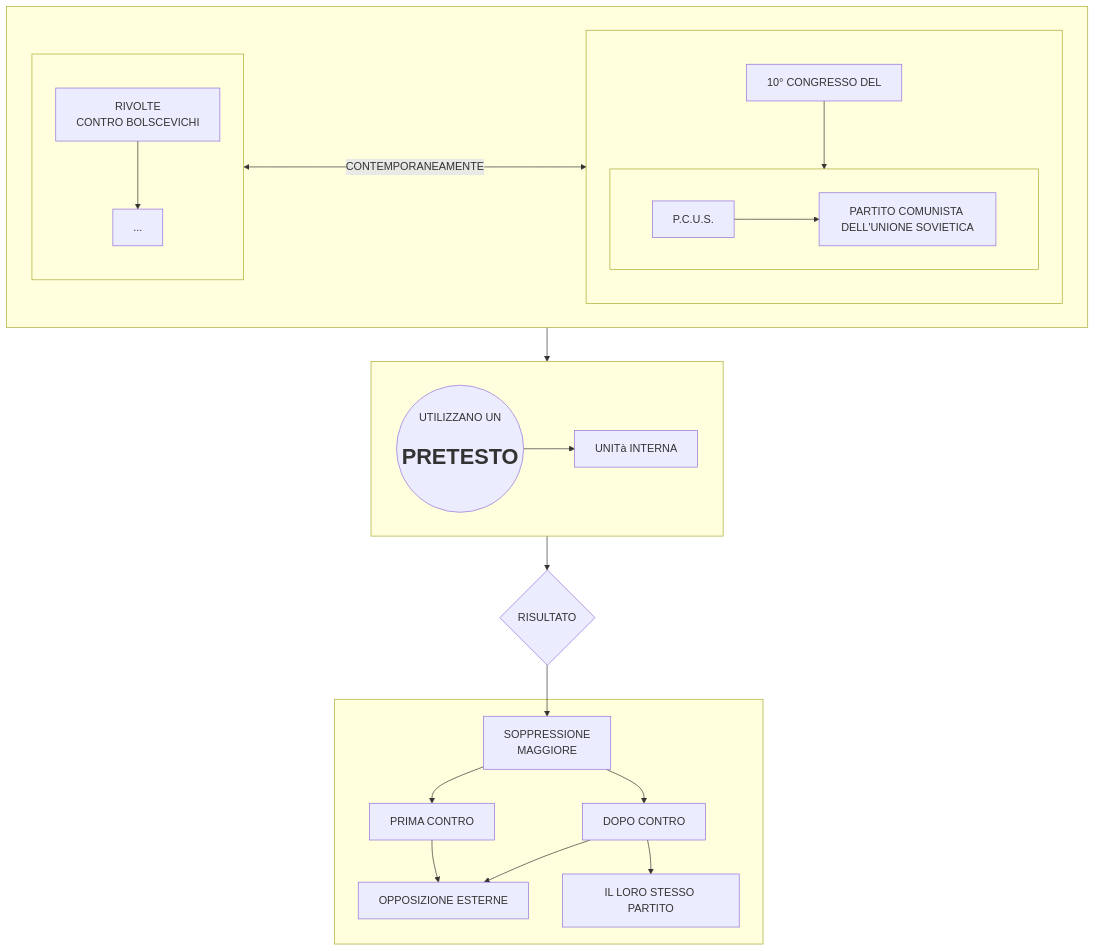
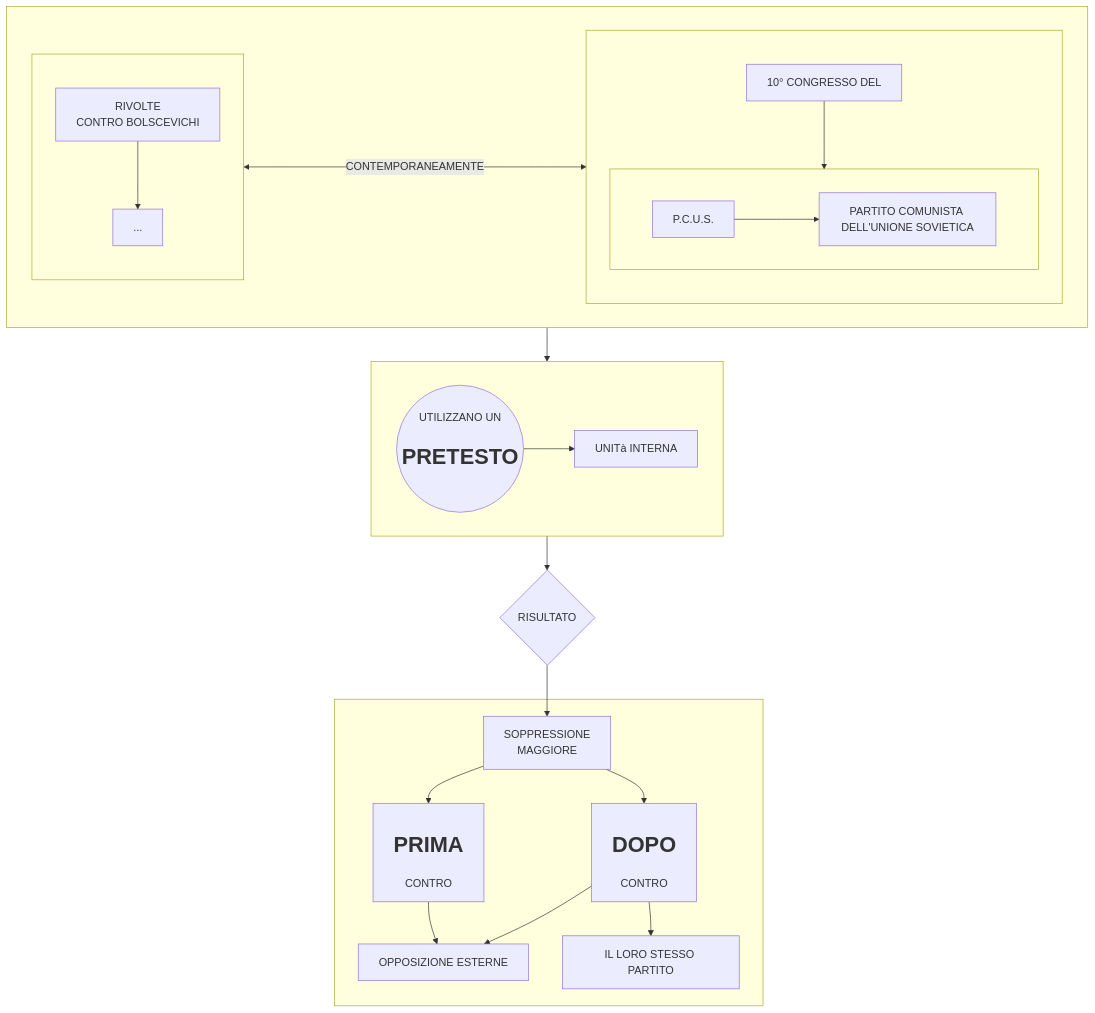
The diagram in prova.md (Laaouatni/ricerca-storia-MermaidJS), drawn with Mermaid before and after one commit.

````diff
--- a/prova.md
+++ b/prova.md
@@ -1,41 +1,41 @@
 ```mermaid
 flowchart TB
   subgraph 0[" "]
     subgraph 01[" "]
       010[RIVOLTE <br> CONTRO BOLSCEVICHI]
       011[...]
       010 --> 011
     end
     subgraph 02[" "]
       direction TB
       020[10° CONGRESSO DEL]
       subgraph 023[" "]
         direction LR
         021[P.C.U.S.]
         0210[PARTITO COMUNISTA DELL'UNIONE SOVIETICA]
         021 --> 0210
       end
       020 --> 023
     end
     01 <----->|CONTEMPORANEAMENTE| 02
   end
   subgraph 2[" "]
     1((UTILIZZANO UN <br> <h1>PRETESTO</h1>))
     10[UNITà INTERNA]
   end
   0 --> 2
   1 --> 10
   3{RISULTATO}
   2 --> 3
   subgraph 4[" "]
     40[SOPPRESSIONE <BR> MAGGIORE]
-    41[PRIMA CONTRO]
+    41[<h1>PRIMA</h1> CONTRO]
     410[OPPOSIZIONE ESTERNE]
-    42[DOPO CONTRO]
+    42[<H1>DOPO</H1> CONTRO]
     420[IL LORO STESSO PARTITO]
     40 --> 41 & 42
     41 --> 410
     42 --> 410 & 420
   end
   3 --> 40
 ```
````
